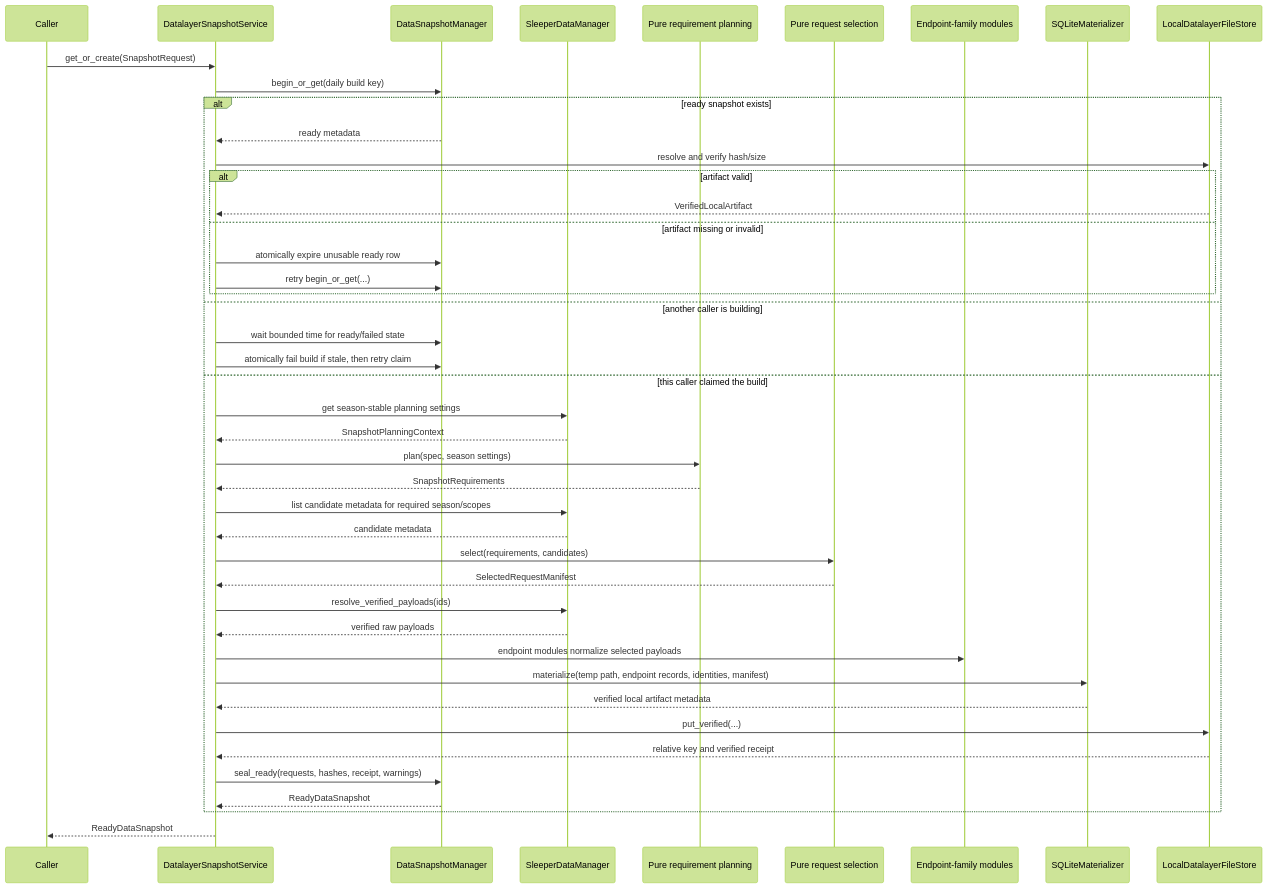
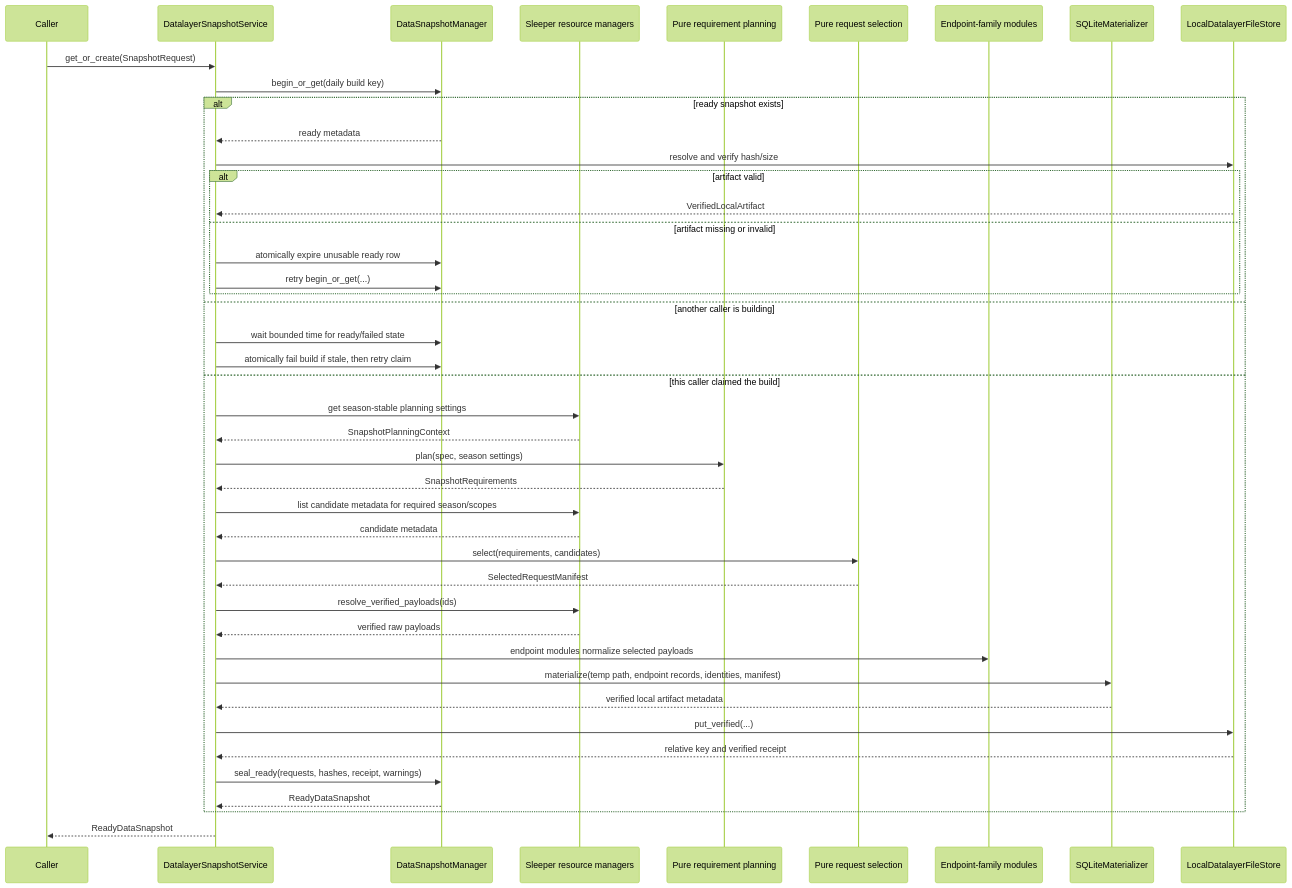
The diagram in docs/datalayer/snapshots-and-query-runtime.md (maxwn04/AIdamShefter-v2), drawn with Mermaid (forest theme) before and after one commit. The commit also changed other lines of this file and 18 other files, not shown here.

````diff
--- a/docs/datalayer/snapshots-and-query-runtime.md
+++ b/docs/datalayer/snapshots-and-query-runtime.md
@@ -74,47 +74,47 @@
 ```mermaid
 sequenceDiagram
     participant Caller
     participant Service as DatalayerSnapshotService
     participant Snap as DataSnapshotManager
-    participant Obs as SleeperDataManager
+    participant Obs as Sleeper resource managers
     participant Require as Pure requirement planning
     participant Select as Pure request selection
     participant Norm as Endpoint-family modules
     participant Mat as SQLiteMaterializer
     participant Files as LocalDatalayerFileStore
 
     Caller->>Service: get_or_create(SnapshotRequest)
     Service->>Snap: begin_or_get(daily build key)
     alt ready snapshot exists
         Snap-->>Service: ready metadata
         Service->>Files: resolve and verify hash/size
         alt artifact valid
             Files-->>Service: VerifiedLocalArtifact
         else artifact missing or invalid
             Service->>Snap: atomically expire unusable ready row
             Service->>Snap: retry begin_or_get(...)
         end
     else another caller is building
         Service->>Snap: wait bounded time for ready/failed state
         Service->>Snap: atomically fail build if stale, then retry claim
     else this caller claimed the build
         Service->>Obs: get season-stable planning settings
         Obs-->>Service: SnapshotPlanningContext
         Service->>Require: plan(spec, season settings)
         Require-->>Service: SnapshotRequirements
         Service->>Obs: list candidate metadata for required season/scopes
         Obs-->>Service: candidate metadata
         Service->>Select: select(requirements, candidates)
         Select-->>Service: SelectedRequestManifest
         Service->>Obs: resolve_verified_payloads(ids)
         Obs-->>Service: verified raw payloads
         Service->>Norm: endpoint modules normalize selected payloads
         Service->>Mat: materialize(temp path, endpoint records, identities, manifest)
         Mat-->>Service: verified local artifact metadata
         Service->>Files: put_verified(...)
         Files-->>Service: relative key and verified receipt
         Service->>Snap: seal_ready(requests, hashes, receipt, warnings)
         Snap-->>Service: ReadyDataSnapshot
     end
     Service-->>Caller: ReadyDataSnapshot
 ```
````
